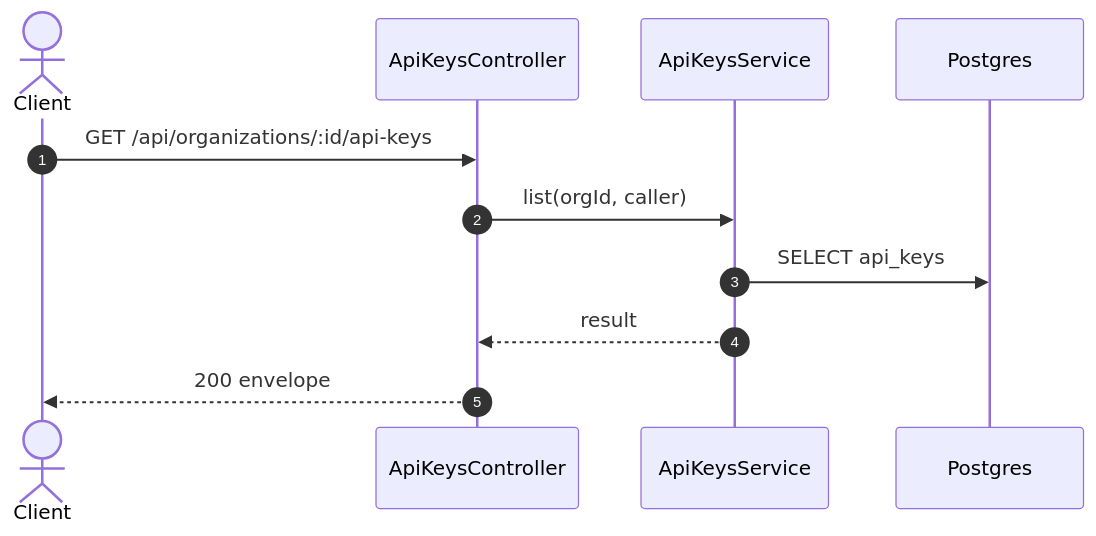
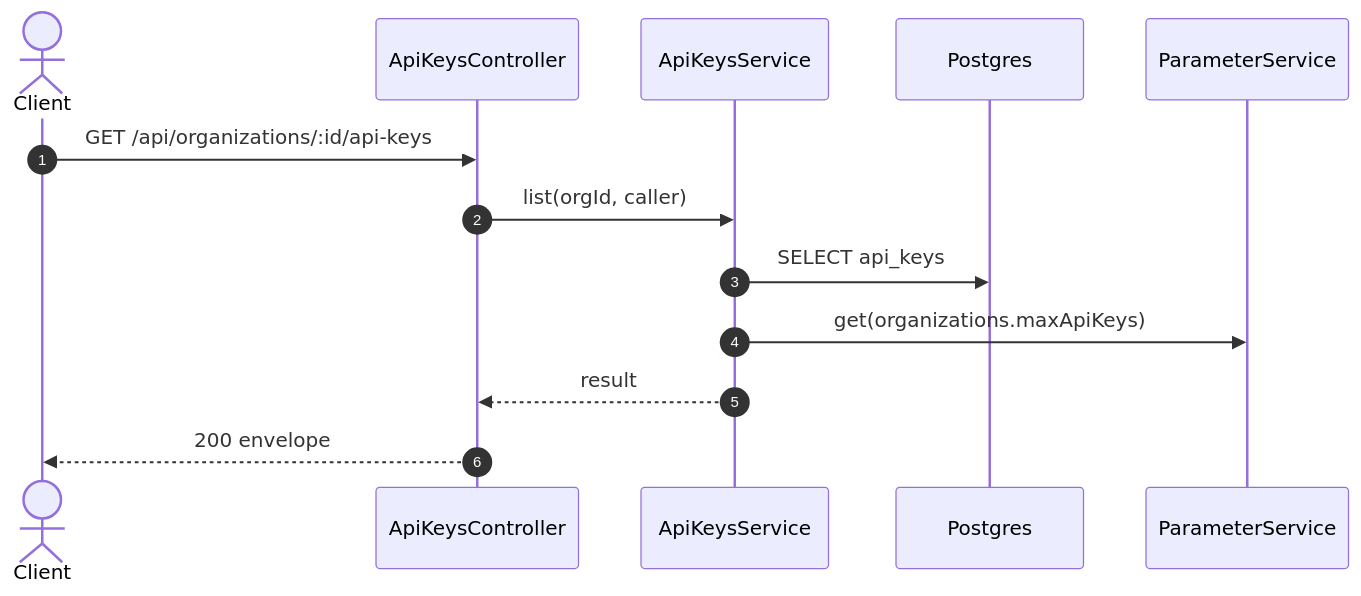
Before and after one commit to TrekLink-Team/treklink-web: the second of 2 diagrams in specs/organizations/api-design/20-get-organizations-id-api-keys.md, drawn with Mermaid. The commit also changed other lines of this file and 12 other files, not shown here.

````diff
--- a/specs/organizations/api-design/20-get-organizations-id-api-keys.md
+++ b/specs/organizations/api-design/20-get-organizations-id-api-keys.md
@@ -132,13 +142,15 @@
 ```mermaid
 sequenceDiagram
     autonumber
     actor C as Client
     participant Ctl as ApiKeysController
     participant Svc as ApiKeysService
     participant DB as Postgres
+    participant Prm as ParameterService
     C->>Ctl: GET /api/organizations/:id/api-keys
     Ctl->>Svc: list(orgId, caller)
     Svc->>DB: SELECT api_keys
+    Svc->>Prm: get(organizations.maxApiKeys)
     Svc-->>Ctl: result
     Ctl-->>C: 200 envelope
 ```
````
